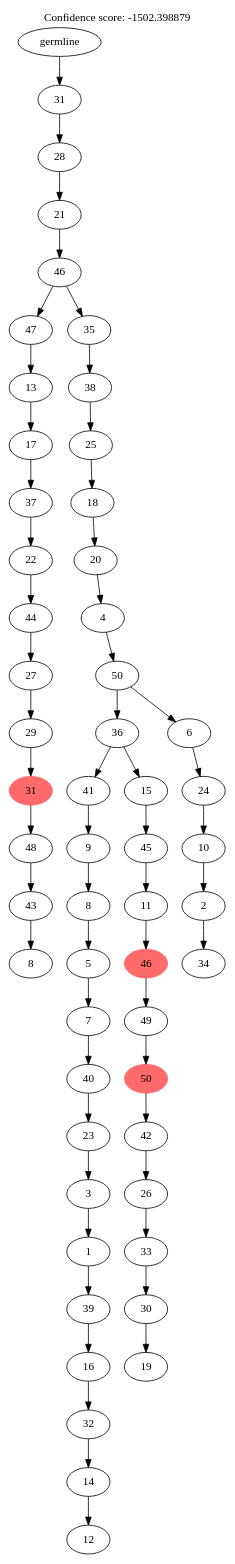
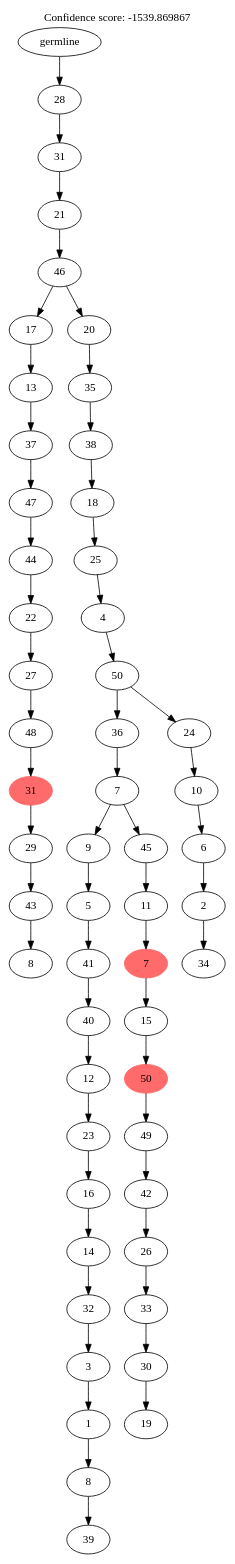
The diagram in data/exp2/sim_26_scs.sasc_rec.mlt.gv (sciccolella/reSASC_supplements), drawn with Graphviz before and after one commit. The commit also changed 659 other files, not shown here.

```diff
--- a/data/exp2/sim_26_scs.sasc_rec.mlt.gv
+++ b/data/exp2/sim_26_scs.sasc_rec.mlt.gv
@@ -1,113 +1,113 @@
 digraph g {
 	"53" -> "54";
 	"54" [label="8"];
 	"52" -> "53";
 	"53" [label="43"];
 	"51" -> "52";
-	"52" [label="48"];
+	"52" [label="29"];
 	"50" -> "51";
 	"51" [color=indianred1, style=filled, label="31"];
 	"49" -> "50";
-	"50" [label="29"];
+	"50" [label="48"];
 	"48" -> "49";
 	"49" [label="27"];
 	"47" -> "48";
-	"48" [label="44"];
+	"48" [label="22"];
 	"46" -> "47";
-	"47" [label="22"];
+	"47" [label="44"];
 	"45" -> "46";
-	"46" [label="37"];
+	"46" [label="47"];
 	"44" -> "45";
-	"45" [label="17"];
+	"45" [label="37"];
 	"43" -> "44";
 	"44" [label="13"];
 	"41" -> "42";
-	"42" [label="12"];
+	"42" [label="39"];
 	"40" -> "41";
-	"41" [label="14"];
+	"41" [label="8"];
 	"39" -> "40";
-	"40" [label="32"];
+	"40" [label="1"];
 	"38" -> "39";
-	"39" [label="16"];
+	"39" [label="3"];
 	"37" -> "38";
-	"38" [label="39"];
+	"38" [label="32"];
 	"36" -> "37";
-	"37" [label="1"];
+	"37" [label="14"];
 	"35" -> "36";
-	"36" [label="3"];
+	"36" [label="16"];
 	"34" -> "35";
 	"35" [label="23"];
 	"33" -> "34";
-	"34" [label="40"];
+	"34" [label="12"];
 	"32" -> "33";
-	"33" [label="7"];
+	"33" [label="40"];
 	"31" -> "32";
-	"32" [label="5"];
+	"32" [label="41"];
 	"30" -> "31";
-	"31" [label="8"];
-	"29" -> "30";
-	"30" [label="9"];
+	"31" [label="5"];
+	"28" -> "29";
+	"29" [label="19"];
 	"27" -> "28";
-	"28" [label="19"];
+	"28" [label="30"];
 	"26" -> "27";
-	"27" [label="30"];
+	"27" [label="33"];
 	"25" -> "26";
-	"26" [label="33"];
+	"26" [label="26"];
 	"24" -> "25";
-	"25" [label="26"];
+	"25" [label="42"];
 	"23" -> "24";
-	"24" [label="42"];
+	"24" [label="49"];
 	"22" -> "23";
 	"23" [color=indianred1, style=filled, label="50"];
 	"21" -> "22";
-	"22" [label="49"];
+	"22" [label="15"];
 	"20" -> "21";
-	"21" [color=indianred1, style=filled, label="46"];
+	"21" [color=indianred1, style=filled, label="7"];
 	"19" -> "20";
 	"20" [label="11"];
 	"18" -> "19";
 	"19" [label="45"];
+	"18" -> "30";
+	"30" [label="9"];
 	"17" -> "18";
-	"18" [label="15"];
-	"17" -> "29";
-	"29" [label="41"];
+	"18" [label="7"];
 	"15" -> "16";
 	"16" [label="34"];
 	"14" -> "15";
 	"15" [label="2"];
 	"13" -> "14";
-	"14" [label="10"];
+	"14" [label="6"];
 	"12" -> "13";
-	"13" [label="24"];
+	"13" [label="10"];
 	"11" -> "12";
-	"12" [label="6"];
+	"12" [label="24"];
 	"11" -> "17";
 	"17" [label="36"];
 	"10" -> "11";
 	"11" [label="50"];
 	"9" -> "10";
 	"10" [label="4"];
 	"8" -> "9";
-	"9" [label="20"];
+	"9" [label="25"];
 	"7" -> "8";
 	"8" [label="18"];
 	"6" -> "7";
-	"7" [label="25"];
+	"7" [label="38"];
 	"5" -> "6";
-	"6" [label="38"];
+	"6" [label="35"];
 	"4" -> "5";
-	"5" [label="35"];
+	"5" [label="20"];
 	"4" -> "43";
-	"43" [label="47"];
+	"43" [label="17"];
 	"3" -> "4";
 	"4" [label="46"];
 	"2" -> "3";
 	"3" [label="21"];
 	"1" -> "2";
-	"2" [label="28"];
+	"2" [label="31"];
 	"0" -> "1";
-	"1" [label="31"];
+	"1" [label="28"];
 	"0" [label="germline"];
 	labelloc="t";
-	label="Confidence score: -1502.398879";
+	label="Confidence score: -1539.869867";
 }
```
